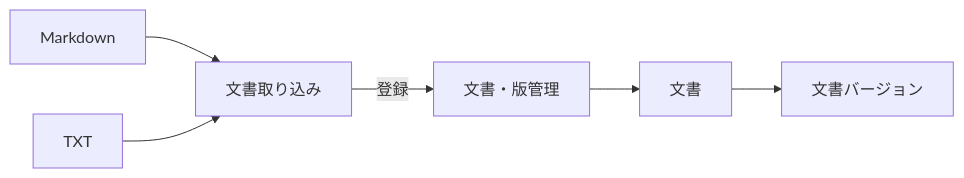
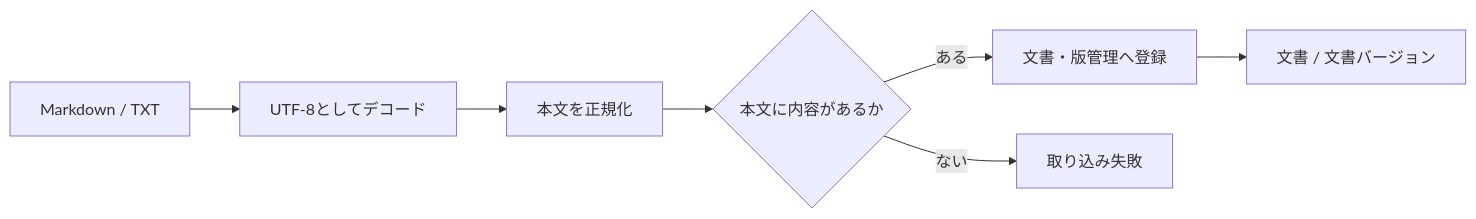
Before and after one commit to takashit16833/RAGScope: the diagram in project-docs/design/domains/documents/文書取り込み設計.md, drawn with Mermaid. The commit also changed other lines of this file and 9 other files, not shown here.

````diff
--- a/project-docs/design/domains/documents/文書取り込み設計.md
+++ b/project-docs/design/domains/documents/文書取り込み設計.md
@@ -10,15 +32,13 @@
 ```mermaid
 flowchart LR
-    Markdown["Markdown"]
-    Text["TXT"]
-    Ingest["文書取り込み"]
-    Manage["文書・版管理"]
-    Document["文書"]
-    Version["文書バージョン"]
+    Input["Markdown / TXT"]
+    Decode["UTF-8としてデコード"]
+    Normalize["本文を正規化"]
+    Validate{"本文に内容があるか"}
+    Register["文書・版管理へ登録"]
+    Result["文書 / 文書バージョン"]
 
-    Markdown --> Ingest
-    Text --> Ingest
-    Ingest -->|"登録"| Manage
-    Manage --> Document
-    Document --> Version
+    Input --> Decode --> Normalize --> Validate
+    Validate -->|"ある"| Register --> Result
+    Validate -->|"ない"| Failure["取り込み失敗"]
 ```
````
